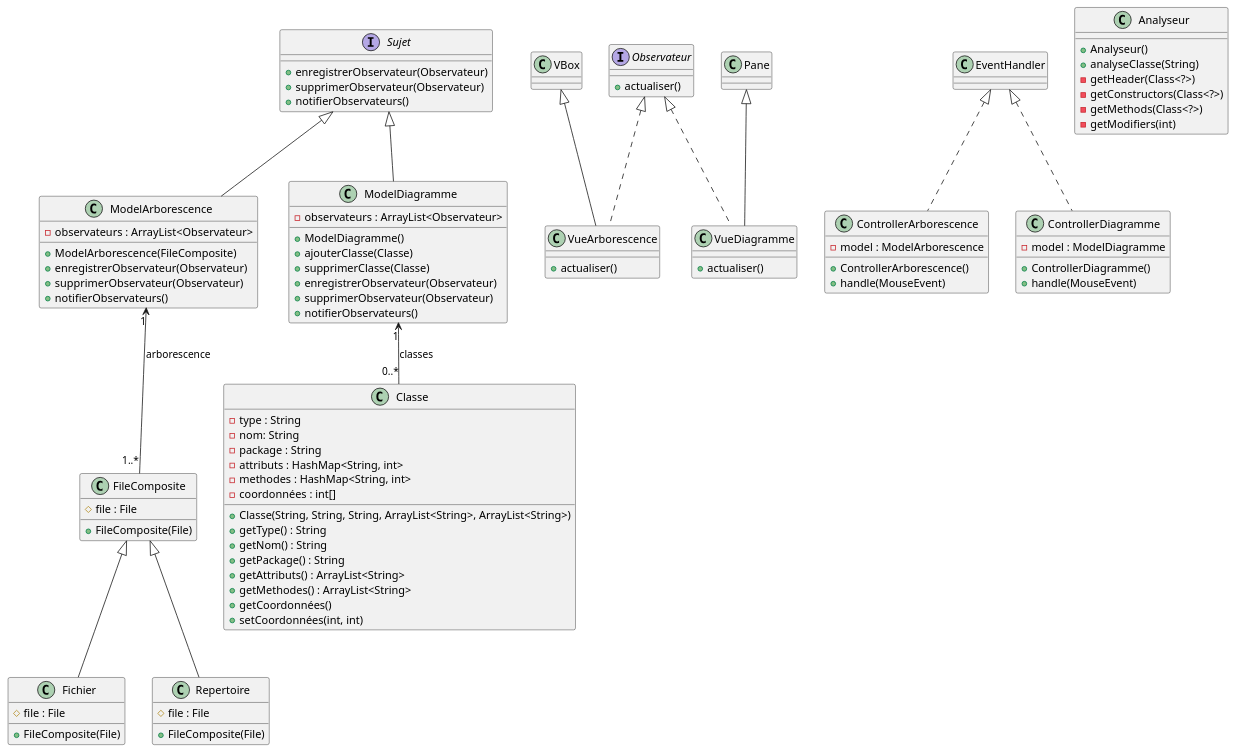
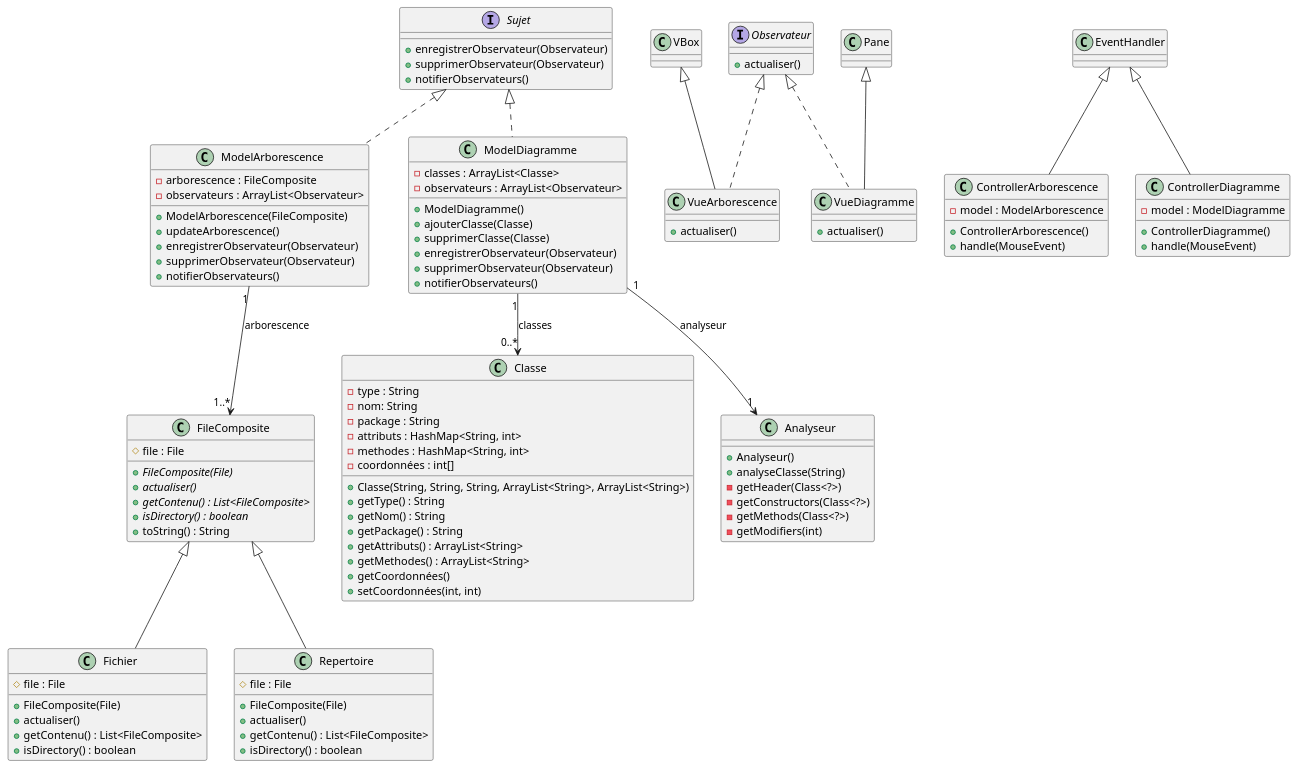
Before and after one commit to ByZorks/SAE-3.01: the diagram in Documents/Iteration1/DiagrammeDeClasse.puml, drawn with PlantUML. The commit also changed 1 other file, not shown here.

Commit message:
correction diagramme classe

```diff
--- a/Documents/Iteration1/DiagrammeDeClasse.puml
+++ b/Documents/Iteration1/DiagrammeDeClasse.puml
@@ -1,108 +1,122 @@
 @startuml
 interface Sujet {
     + enregistrerObservateur(Observateur)
     + supprimerObservateur(Observateur)
     + notifierObservateurs()
 }
 
 interface Observateur {
     + actualiser()
 }
 
 class VueArborescence {
     + actualiser()
 }
 
 class VueDiagramme {
     + actualiser()
 }
 
 class ModelArborescence {
+    - arborescence : FileComposite
     - observateurs : ArrayList<Observateur>
     + ModelArborescence(FileComposite)
+    + updateArborescence()
     + enregistrerObservateur(Observateur)
     + supprimerObservateur(Observateur)
     + notifierObservateurs()
 }
 
 class ModelDiagramme {
+    - classes : ArrayList<Classe>
     - observateurs : ArrayList<Observateur>
     + ModelDiagramme()
     + ajouterClasse(Classe)
     + supprimerClasse(Classe)
     + enregistrerObservateur(Observateur)
     + supprimerObservateur(Observateur)
     + notifierObservateurs()
 }
 
 class ControllerArborescence {
     - model : ModelArborescence
     + ControllerArborescence()
     + handle(MouseEvent)
 }
 
 class ControllerDiagramme {
     - model : ModelDiagramme
     + ControllerDiagramme()
     + handle(MouseEvent)
 }
 
 class FileComposite {
     # file : File
-    + FileComposite(File)
+    + {abstract} FileComposite(File)
+    + {abstract} actualiser()
+    + {abstract} getContenu() : List<FileComposite>
+    + {abstract} isDirectory() : boolean
+    + toString() : String
 }
 
 class Fichier {
     # file : File
     + FileComposite(File)
+    + actualiser()
+    + getContenu() : List<FileComposite>
+    + isDirectory() : boolean
 }
 
 class Repertoire {
     # file : File
     + FileComposite(File)
+    + actualiser()
+    + getContenu() : List<FileComposite>
+    + isDirectory() : boolean
 }
 
 class Classe {
     - type : String
     - nom: String
     - package : String
     - attributs : HashMap<String, int>
     - methodes : HashMap<String, int>
     - coordonnées : int[]
     + Classe(String, String, String, ArrayList<String>, ArrayList<String>)
     + getType() : String
     + getNom() : String
     + getPackage() : String
     + getAttributs() : ArrayList<String>
     + getMethodes() : ArrayList<String>
     + getCoordonnées()
     + setCoordonnées(int, int)
 }
 
 class Analyseur {
     + Analyseur()
     + analyseClasse(String)
     - getHeader(Class<?>)
     - getConstructors(Class<?>)
     - getMethods(Class<?>)
     - getModifiers(int)
 }
 
-Sujet <|-- ModelArborescence
-Sujet <|-- ModelDiagramme
+Sujet <|.. ModelArborescence
+Sujet <|.. ModelDiagramme
 
 Observateur <|.. VueArborescence
 Observateur <|.. VueDiagramme
 
 VBox <|-- VueArborescence
 Pane <|-- VueDiagramme
 
 FileComposite <|-- Fichier
 FileComposite <|-- Repertoire
 
-ModelDiagramme "1" <-- "0..*" Classe : classes
-ModelArborescence "1" <-- "1..*" FileComposite : arborescence
+ModelDiagramme "1" --> "0..*" Classe : classes
+ModelArborescence "1" --> "1..*" FileComposite : arborescence
+ModelDiagramme "1" --> "1" Analyseur : analyseur
 
-EventHandler <|.. ControllerArborescence
-EventHandler <|.. ControllerDiagramme
+EventHandler <|-- ControllerArborescence
+EventHandler <|-- ControllerDiagramme
 @enduml
```
